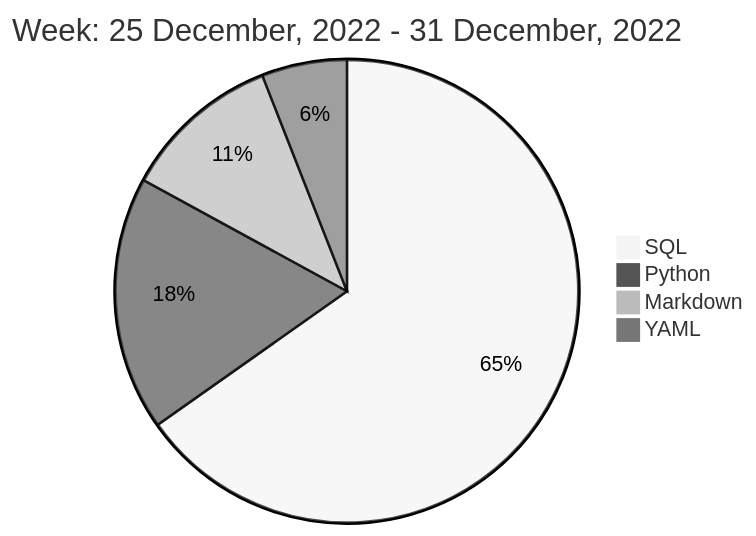
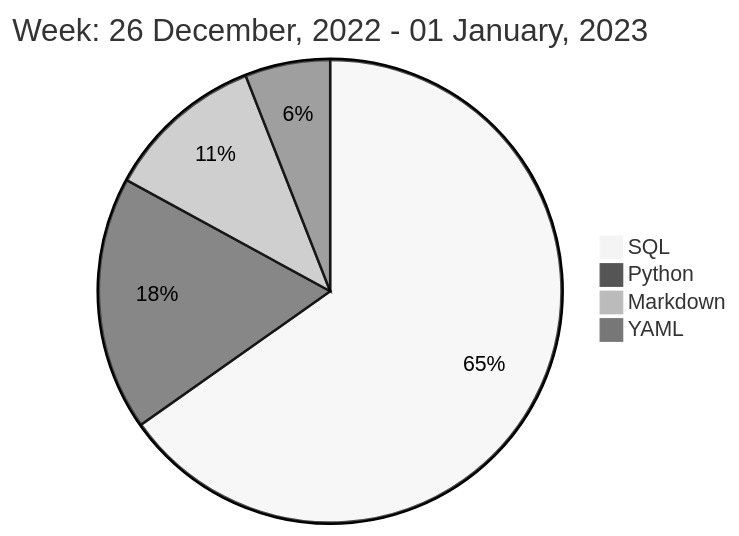
Before and after one commit to liubin95/liubin95: the diagram in README.md, drawn with Mermaid (neutral theme).

Commit message:
Updated the Graph with new Metrics

````diff
--- a/README.md
+++ b/README.md
@@ -40,8 +40,8 @@
 ```mermaid
  pie
-title Week: 25 December, 2022 - 31 December, 2022
+title Week: 26 December, 2022 - 01 January, 2023
  "SQL" : 5.7
  "Python" : 1.55
  "Markdown" : 0.97
  "YAML" : 0.52
 ```
````
